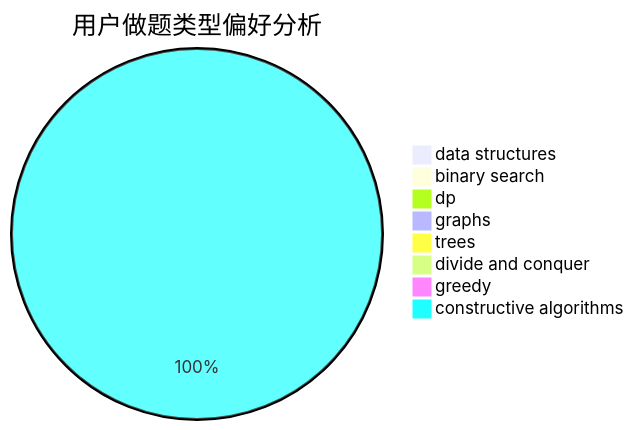
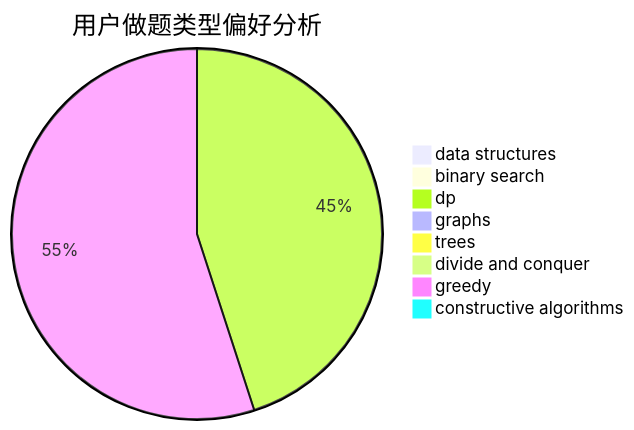
The second of 3 diagrams in docs/user/u196.md (sherpahu/cfrs.github.io), drawn with Mermaid before and after one commit. The commit also changed other lines of this file and 2770 other files, not shown here.

````diff
--- a/docs/user/u196.md
+++ b/docs/user/u196.md
@@ -23,11 +23,11 @@
 ```mermaid
 pie title 用户做题类型偏好分析
     "data structures" :  0
     "binary search" :  0
-    "dp" :  0
+    "dp" :  9
     "graphs" :  0
     "trees" :  0
     "divide and conquer" :  0
-    "greedy" :  0
-    "constructive algorithms" :  5
+    "greedy" :  11
+    "constructive algorithms" :  0
 ```
````
